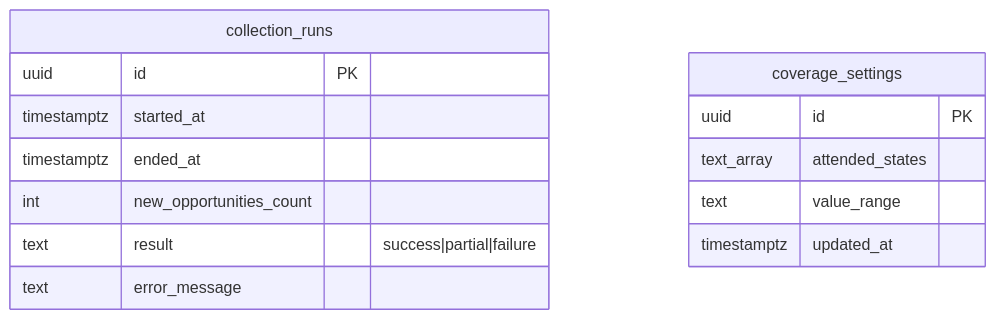
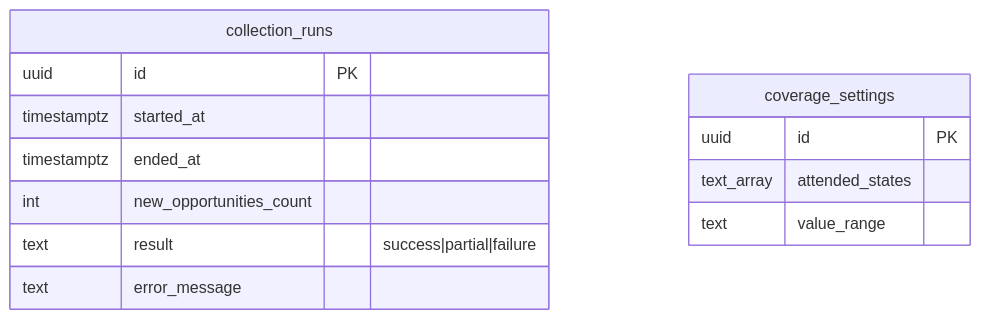
Before and after one commit to lucasvidalz/licitaedital-api2: the sixth of 6 diagrams in docs/modelagem-dados.md, drawn with Mermaid. The commit also changed other lines of this file and 72 other files, not shown here.

````diff
--- a/docs/modelagem-dados.md
+++ b/docs/modelagem-dados.md
@@ -284,17 +279,16 @@
 ```mermaid
 erDiagram
   collection_runs {
     uuid id PK
     timestamptz started_at
     timestamptz ended_at
     int new_opportunities_count
     text result "success|partial|failure"
     text error_message
   }
   coverage_settings {
     uuid id PK
     text_array attended_states
     text value_range
-    timestamptz updated_at
   }
 ```
````
